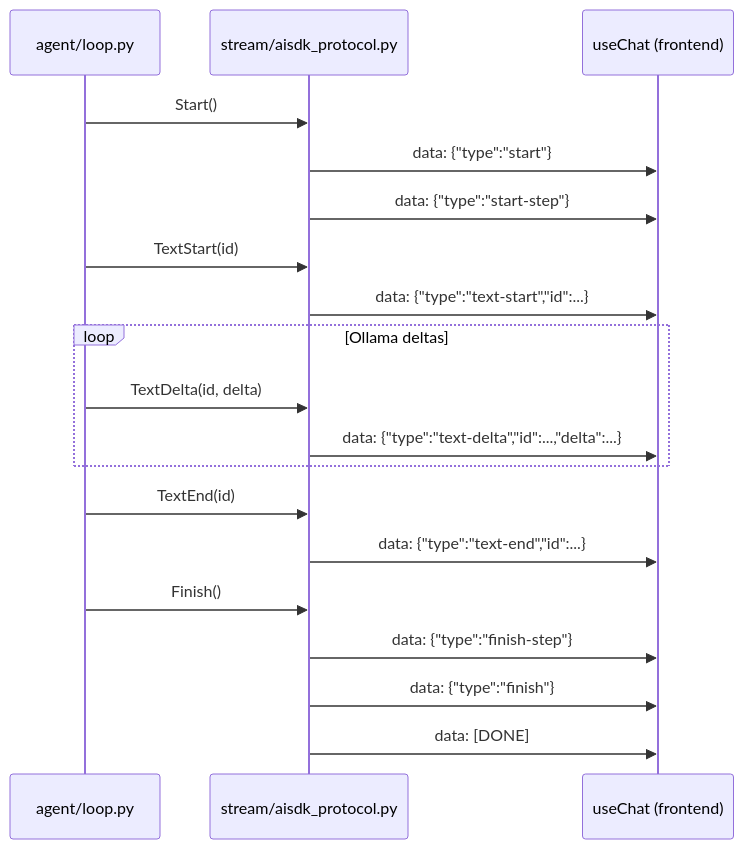
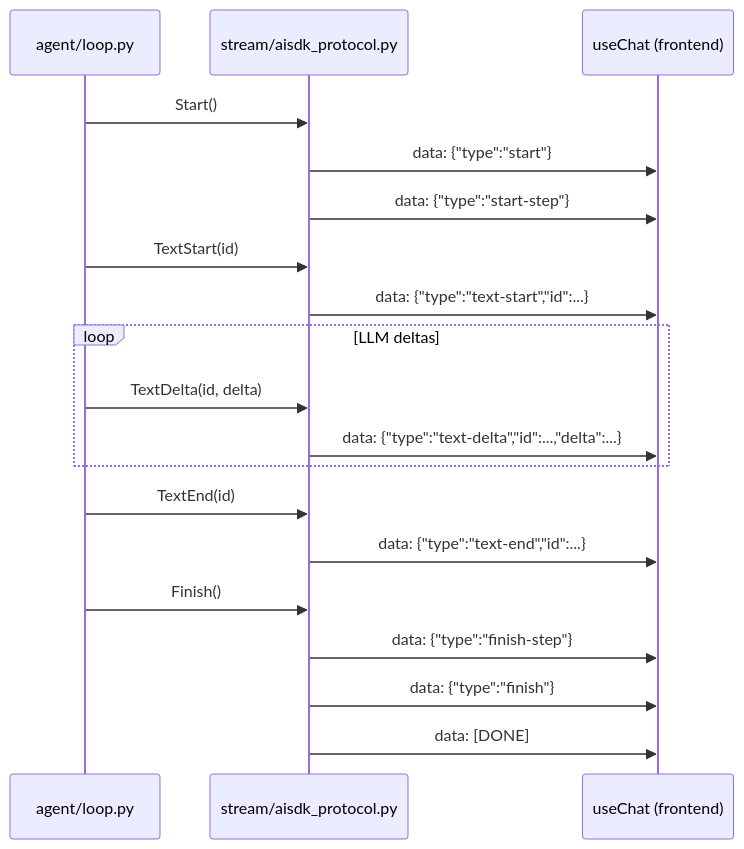
One commit to PhantomCarrot/Aegis changed the diagram in docs/protocol.md. Above: the diagram before and after it, drawn with Mermaid. The commit also changed other lines of this file and 3 other files, not shown here.

First line of the commit message:
Update tools/rag/protocol/architecture docs for LM Studio + AirLLM

````diff
--- a/docs/protocol.md
+++ b/docs/protocol.md
@@ -32,22 +32,22 @@
 ```mermaid
 sequenceDiagram
     participant AgentLoop as agent/loop.py
     participant Enc as stream/aisdk_protocol.py
     participant UI as useChat (frontend)
 
     AgentLoop->>Enc: Start()
     Enc->>UI: data: {"type":"start"}
     Enc->>UI: data: {"type":"start-step"}
     AgentLoop->>Enc: TextStart(id)
     Enc->>UI: data: {"type":"text-start","id":...}
-    loop Ollama deltas
+    loop LLM deltas
         AgentLoop->>Enc: TextDelta(id, delta)
         Enc->>UI: data: {"type":"text-delta","id":...,"delta":...}
     end
     AgentLoop->>Enc: TextEnd(id)
     Enc->>UI: data: {"type":"text-end","id":...}
     AgentLoop->>Enc: Finish()
     Enc->>UI: data: {"type":"finish-step"}
     Enc->>UI: data: {"type":"finish"}
     Enc->>UI: data: [DONE]
 ```
````
